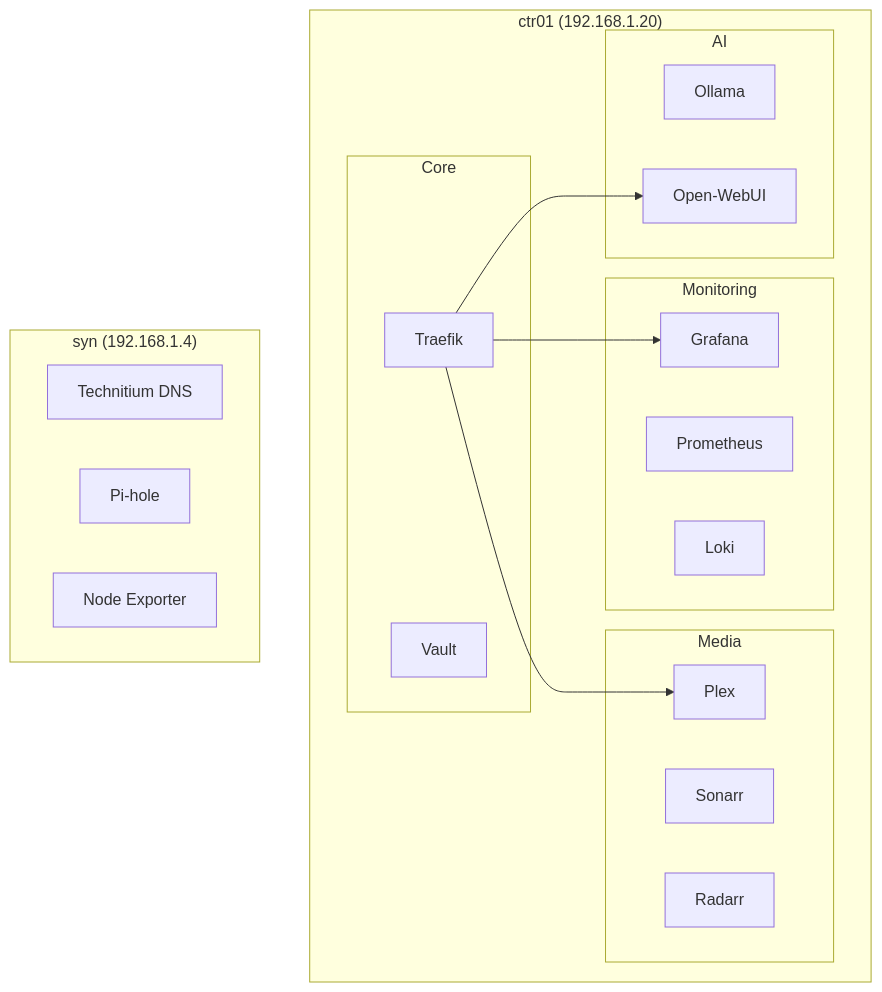
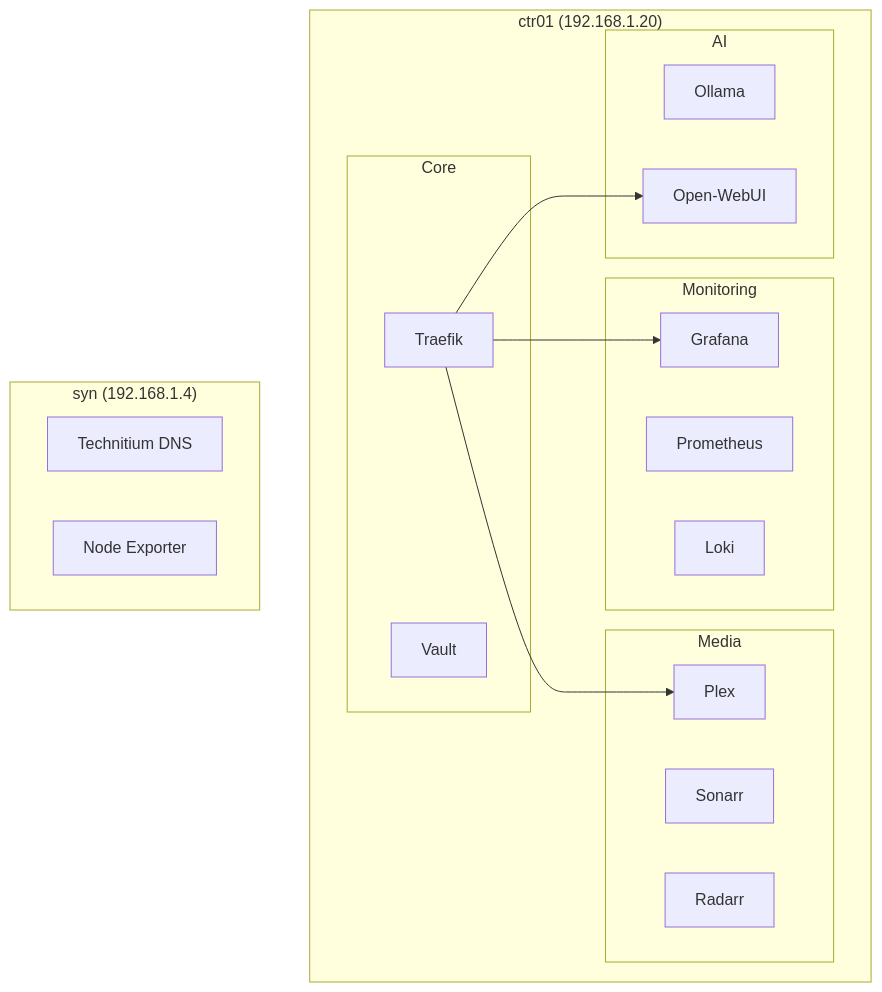
The first of 2 diagrams in docs/stacks/index.md (johnstetter/homelab-docs), drawn with Mermaid before and after one commit. The commit also changed other lines of this file and 7 other files, not shown here.

````diff
--- a/docs/stacks/index.md
+++ b/docs/stacks/index.md
@@ -7,36 +7,35 @@
 ```mermaid
 graph TB
     subgraph ctr01["ctr01 (192.168.1.20)"]
         subgraph Core
             Traefik[Traefik]
             Vault[Vault]
         end
 
         subgraph Monitoring
             Prometheus[Prometheus]
             Grafana[Grafana]
             Loki[Loki]
         end
 
         subgraph Media
             Plex[Plex]
             Sonarr[Sonarr]
             Radarr[Radarr]
         end
 
         subgraph AI
             Ollama[Ollama]
             OpenWebUI[Open-WebUI]
         end
     end
 
     subgraph syn["syn (192.168.1.4)"]
         Technitium[Technitium DNS]
-        PiHole[Pi-hole]
         NodeExporter[Node Exporter]
     end
 
     Traefik --> Grafana
     Traefik --> Plex
     Traefik --> OpenWebUI
 ```
````
